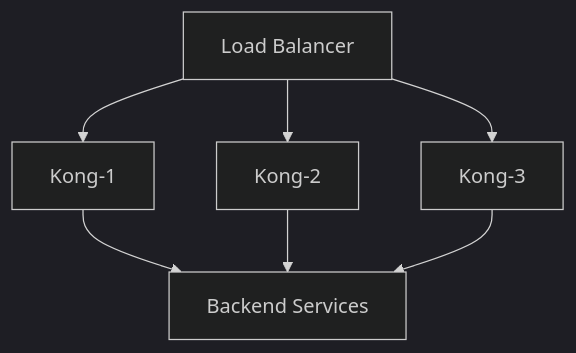
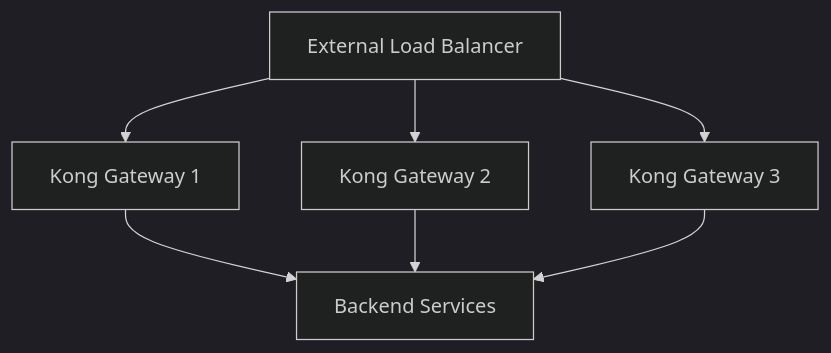
The sixth of 12 diagrams in README.md (merazsheikh/kong-kubernetes-lab), drawn with Mermaid (dark theme) before and after one commit. The commit also changed other lines of this file, not shown here.

````diff
--- a/README.md
+++ b/README.md
@@ -266,8 +571,12 @@
 ```mermaid
 flowchart TD
-    LB[Load Balancer] --> K1[Kong-1]
-    LB --> K2[Kong-2]
-    LB --> K3[Kong-3]
-    
-    K1 & K2 & K3 --> Backend[Backend Services]
+    LB["External Load Balancer"]
+
+    LB --> K1["Kong Gateway 1"]
+    LB --> K2["Kong Gateway 2"]
+    LB --> K3["Kong Gateway 3"]
+
+    K1 --> Backend["Backend Services"]
+    K2 --> Backend
+    K3 --> Backend
 ```
````
